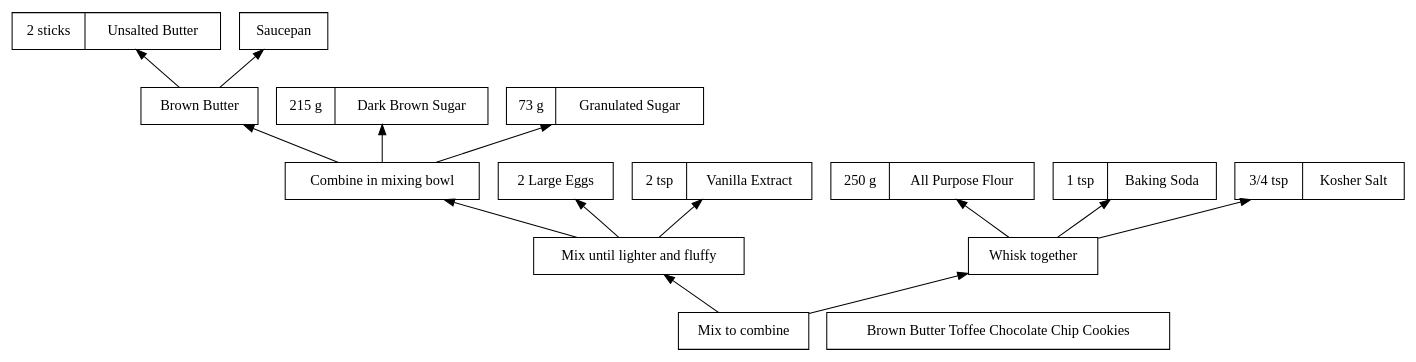
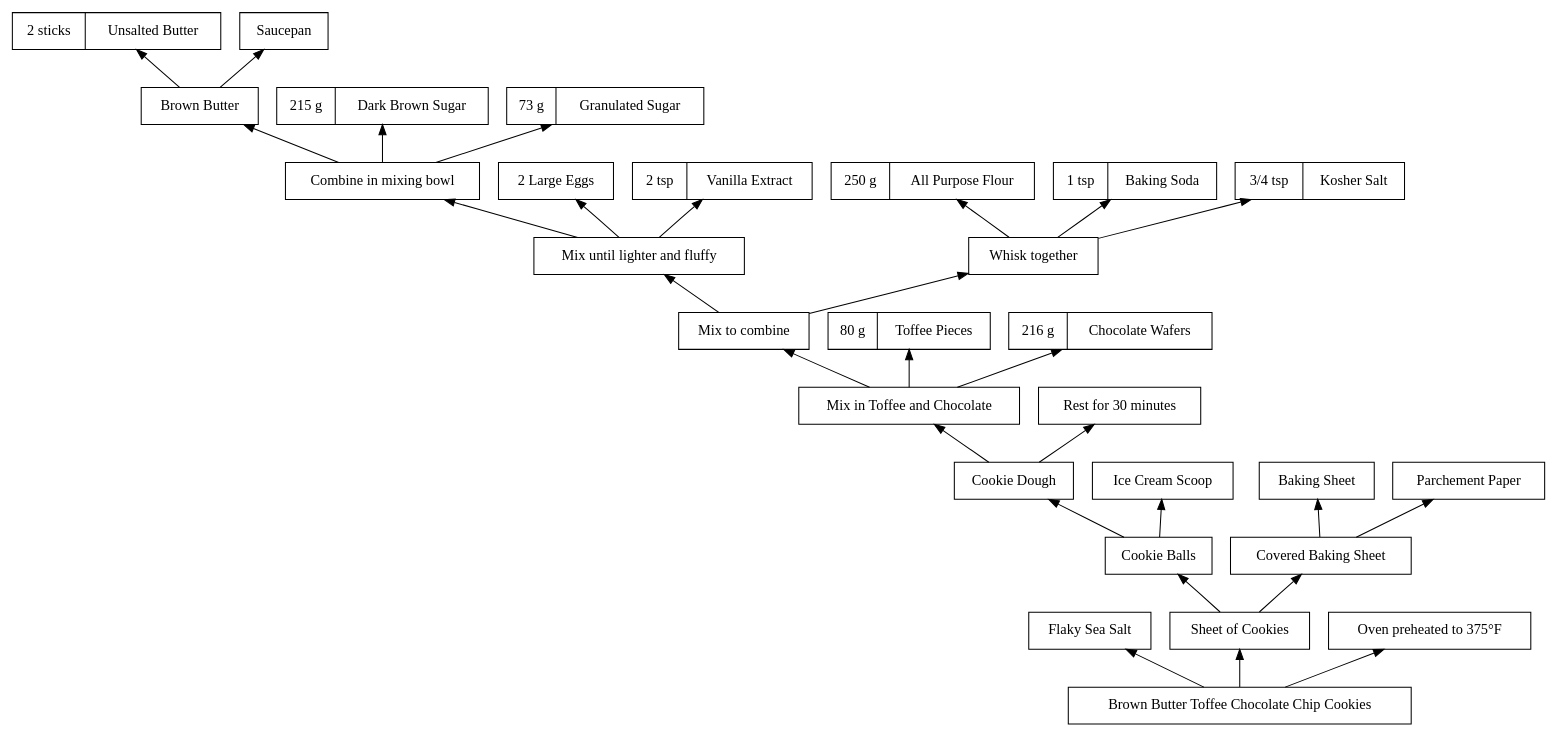
Before and after one commit to isaacsanders/recipes-as-dependency-graphs: the diagram in bon-appetit/brown-butter-toffee-chocolate-chip-cookies/recipe.dot, drawn with Graphviz.

Commit message:
finishes the recipe for the BBTCC Cookies

```diff
--- a/bon-appetit/brown-butter-toffee-chocolate-chip-cookies/recipe.dot
+++ b/bon-appetit/brown-butter-toffee-chocolate-chip-cookies/recipe.dot
@@ -1,32 +1,59 @@
 digraph recipe {
   rankdir=BT;
   node [shape=record];
   butter [label="2 sticks|Unsalted Butter"];
   saucepan [type=diamond, label="Saucepan"];
   brown_butter [label="Brown Butter"];
   brown_butter -> butter;
   brown_butter -> saucepan;
   dark_brown_sugar [label="215 g|Dark Brown Sugar"];
   granulated_sugar [label="73 g|Granulated Sugar"];
   sugar_and_butter [label="Combine in mixing bowl"];
   sugar_and_butter -> dark_brown_sugar;
   sugar_and_butter -> granulated_sugar;
   sugar_and_butter -> brown_butter;
   eggs [label="2 Large Eggs"];
   vanilla [label="2 tsp|Vanilla Extract"];
   wet_ingredients [label="Mix until lighter and fluffy"];
   wet_ingredients -> eggs;
   wet_ingredients -> vanilla;
   wet_ingredients -> sugar_and_butter;
   ap_flour [label="250 g|All Purpose Flour"];
   baking_soda [label="1 tsp|Baking Soda"];
   kosher_salt [label="3/4 tsp|Kosher Salt"];
   dry_ingredients [label="Whisk together"];
   dry_ingredients -> ap_flour;
   dry_ingredients -> baking_soda;
   dry_ingredients -> kosher_salt;
-  dough [label="Mix to combine"];
-  dough -> dry_ingredients;
-  dough -> wet_ingredients;
+  plain_dough [label="Mix to combine"];
+  plain_dough -> dry_ingredients;
+  plain_dough -> wet_ingredients;
+  toffee_pieces [label="80 g|Toffee Pieces"];
+  chocolate_wafers [label="216 g|Chocolate Wafers"];
+  unrested_cookie_dough [label="Mix in Toffee and Chocolate"];
+  unrested_cookie_dough -> plain_dough;
+  unrested_cookie_dough -> toffee_pieces;
+  unrested_cookie_dough -> chocolate_wafers;
+  resting [label="Rest for 30 minutes"];
+  cookie_dough [label="Cookie Dough"];
+  cookie_dough -> resting;
+  cookie_dough -> unrested_cookie_dough;
+  ice_cream_scoop [label="Ice Cream Scoop"];
+  cookie_balls [label="Cookie Balls"];
+  cookie_balls -> cookie_dough;
+  cookie_balls -> ice_cream_scoop;
+  flaky_sea_salt [label="Flaky Sea Salt"];
+  baking_sheet [label="Baking Sheet"];
+  parchment_paper [label="Parchement Paper"];
+  covered_baking_sheet [label="Covered Baking Sheet"];
+  covered_baking_sheet -> baking_sheet;
+  covered_baking_sheet -> parchment_paper;
+  sheet_of_cookies [label="Sheet of Cookies"];
+  sheet_of_cookies -> cookie_balls;
+  sheet_of_cookies -> covered_baking_sheet;
+  oven [label="Oven preheated to 375°F"];
   cookies [label="Brown Butter Toffee Chocolate Chip Cookies"];
+  cookies -> sheet_of_cookies;
+  cookies -> flaky_sea_salt;
+  cookies -> oven;
 }
```
